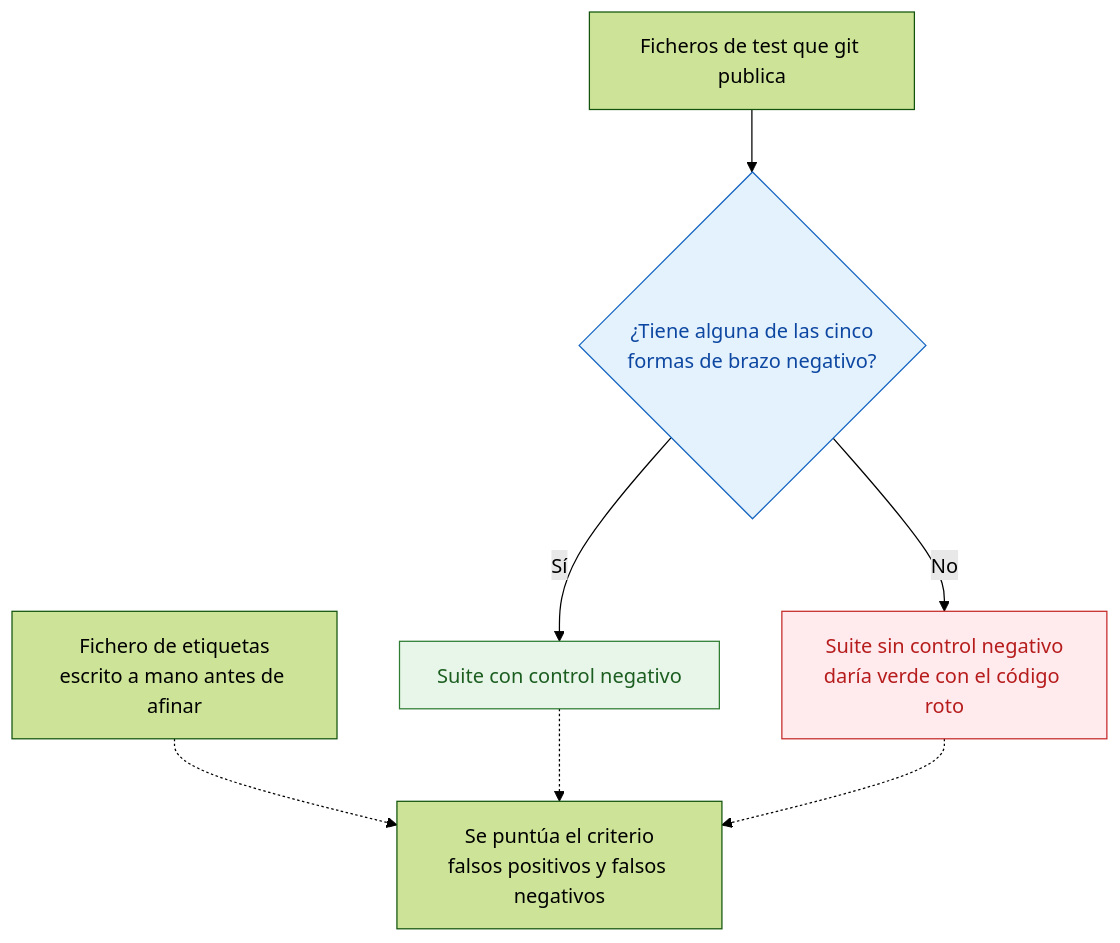
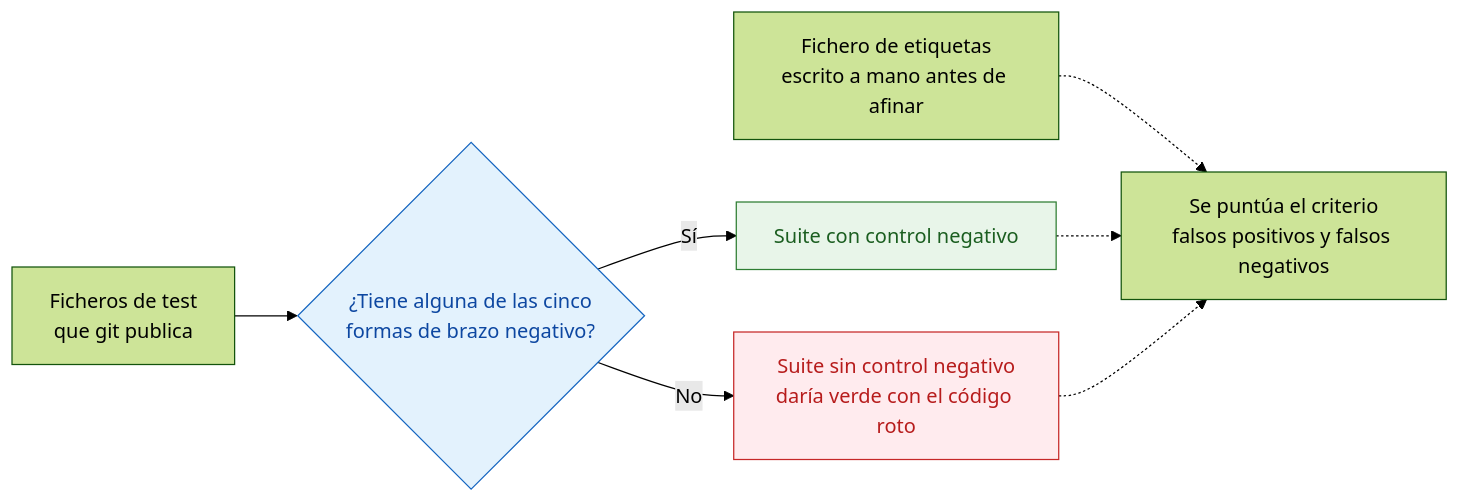
One commit to jleonceo/skill-detector-control-negativo changed the diagram in README.md. Above: the diagram before and after it, drawn with Mermaid (forest theme). The commit also changed 1 other file, not shown here.

Commit message:
Esquema: pasa a horizontal para que ocupe menos de una pantalla
Iba de arriba abajo y ocupaba más de 800 píxeles de alto. Ahora va de
izquierda a derecha. El contenido de las cajas es el mismo.

````diff
--- a/README.md
+++ b/README.md
@@ -99,11 +99,11 @@
 ```mermaid
-flowchart TD
-    R[Ficheros de test que git publica] --> S{¿Tiene alguna de las cinco<br/>formas de brazo negativo?}
+flowchart LR
+    R[Ficheros de test<br/>que git publica] --> S{¿Tiene alguna de las cinco<br/>formas de brazo negativo?}
     S -->|Sí| OK[Suite con control negativo]
     S -->|No| SN[Suite sin control negativo<br/>daría verde con el código roto]
     E[Fichero de etiquetas<br/>escrito a mano antes de afinar] -.-> P[Se puntúa el criterio<br/>falsos positivos y falsos negativos]
     OK & SN -.-> P
     style S fill:#e3f2fd,stroke:#1565c0,color:#0d47a1
     style OK fill:#e8f5e9,stroke:#2e7d32,color:#1b5e20
     style SN fill:#ffebee,stroke:#c62828,color:#b71c1c
 ```
````
